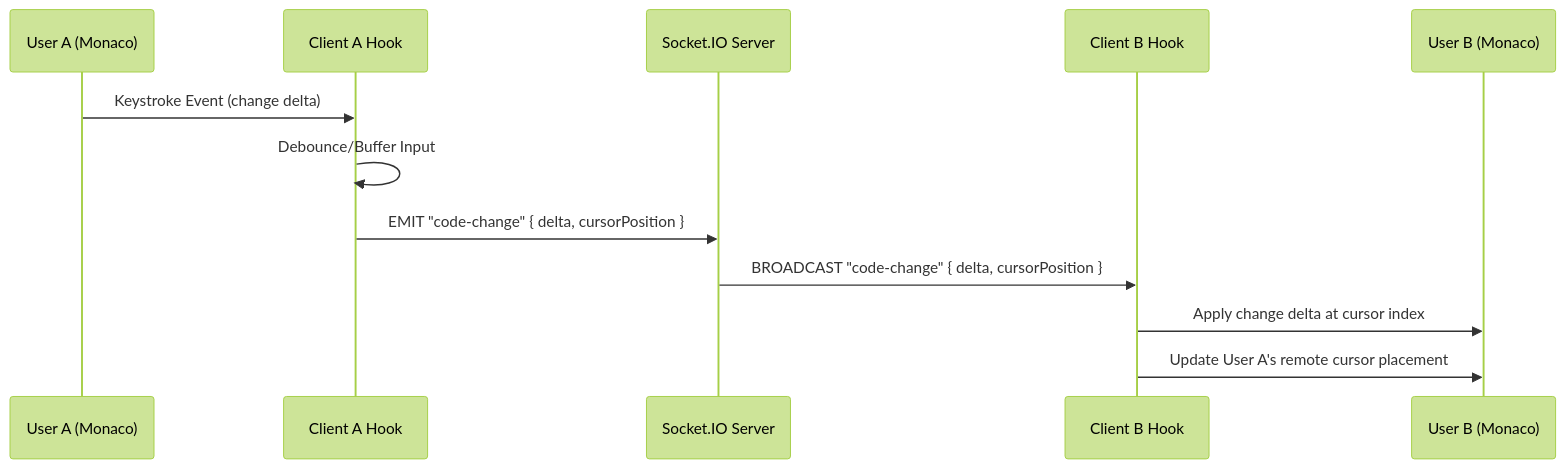
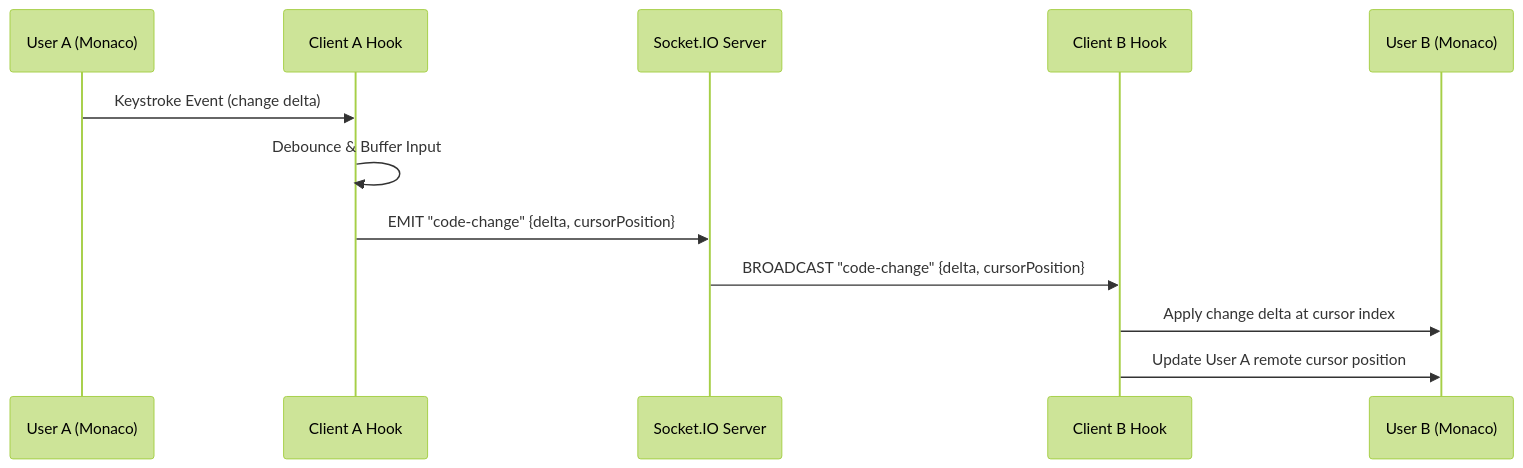
Before and after one commit to Pratyush2240/CodeCall: the fourth of 7 diagrams in ARCHITECTURE.md, drawn with Mermaid (forest theme). The commit also changed other lines of this file and 1 other file, not shown here.

Commit message:
docs: Update README and ARCHITECTURE with latest features and professional structure

````diff
--- a/ARCHITECTURE.md
+++ b/ARCHITECTURE.md
@@ -175,15 +281,15 @@
 ```mermaid
 sequenceDiagram
-    participant User A (Monaco)
-    participant Client A Hook
-    participant Socket.IO Server
-    participant Client B Hook
-    participant User B (Monaco)
+    participant A as User A (Monaco)
+    participant HA as Client A Hook
+    participant S as Socket.IO Server
+    participant HB as Client B Hook
+    participant B as User B (Monaco)
 
-    User A (Monaco)->>Client A Hook: Keystroke Event (change delta)
-    Client A Hook->>Client A Hook: Debounce/Buffer Input
-    Client A Hook->>Socket.IO Server: EMIT "code-change" { delta, cursorPosition }
-    Socket.IO Server->>Client B Hook: BROADCAST "code-change" { delta, cursorPosition }
-    Client B Hook->>User B (Monaco): Apply change delta at cursor index
-    Client B Hook->>User B (Monaco): Update User A's remote cursor placement
+    A->>HA: Keystroke Event (change delta)
+    HA->>HA: Debounce & Buffer Input
+    HA->>S: EMIT "code-change" {delta, cursorPosition}
+    S->>HB: BROADCAST "code-change" {delta, cursorPosition}
+    HB->>B: Apply change delta at cursor index
+    HB->>B: Update User A remote cursor position
 ```
````
